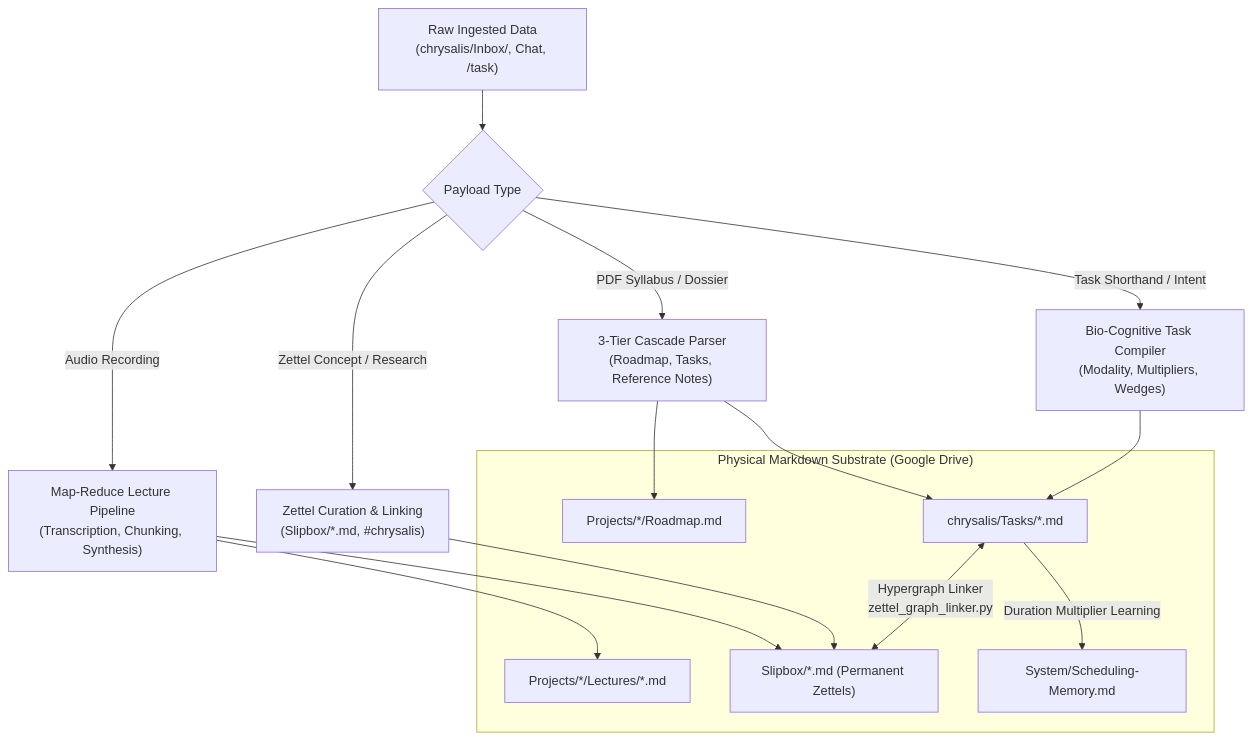
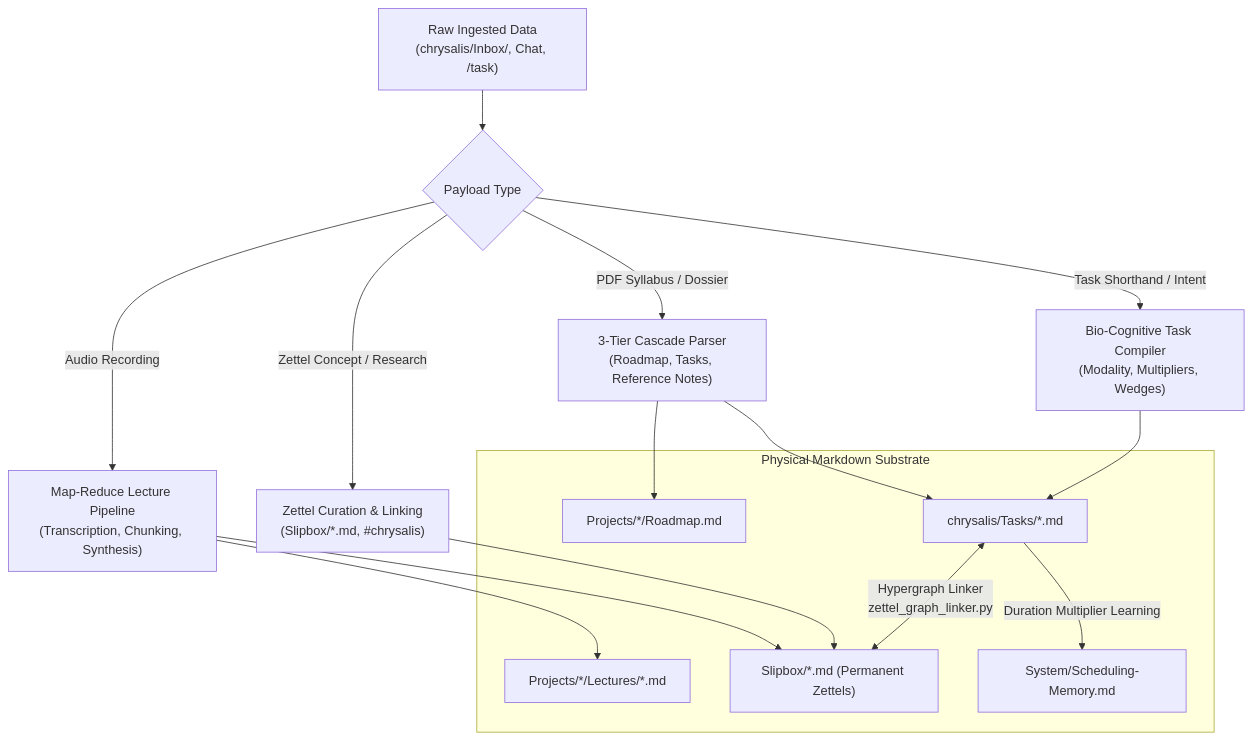
The second of 3 diagrams in README.md (tama-gucci/chrysalis), drawn with Mermaid before and after one commit. The commit also changed other lines of this file and 2 other files, not shown here.

Commit message:
docs: overhaul READMEs with development timeline, progress bars, and accurate toolchain caveats

````diff
--- a/README.md
+++ b/README.md
@@ -127,27 +160,27 @@
 ```mermaid
 flowchart TD
     RawInput["Raw Ingested Data<br/>(chrysalis/Inbox/, Chat, /task)"] --> Dispatcher{"Payload Type"}
     
     Dispatcher -->|Audio Recording| AudioPipe["Map-Reduce Lecture Pipeline<br/>(Transcription, Chunking, Synthesis)"]
     Dispatcher -->|PDF Syllabus / Dossier| SyllabusPipe["3-Tier Cascade Parser<br/>(Roadmap, Tasks, Reference Notes)"]
     Dispatcher -->|Task Shorthand / Intent| TaskPipe["Bio-Cognitive Task Compiler<br/>(Modality, Multipliers, Wedges)"]
     Dispatcher -->|Zettel Concept / Research| ZettelPipe["Zettel Curation & Linking<br/>(Slipbox/*.md, #chrysalis)"]
 
     AudioPipe --> MasterNote["Projects/*/Lectures/*.md"]
     AudioPipe --> SlipboxNotes["Slipbox/*.md (Permanent Zettels)"]
     SyllabusPipe --> ProjectRoadmap["Projects/*/Roadmap.md"]
     SyllabusPipe --> TasksNotes["chrysalis/Tasks/*.md"]
     TaskPipe --> TasksNotes
     ZettelPipe --> SlipboxNotes
 
-    subgraph Substrate ["Physical Markdown Substrate (Google Drive)"]
+    subgraph Substrate ["Physical Markdown Substrate"]
         MasterNote
         SlipboxNotes
         ProjectRoadmap
         TasksNotes
         SchedulingMemory["System/Scheduling-Memory.md"]
     end
 
     TasksNotes <-->|Hypergraph Linker<br/>zettel_graph_linker.py| SlipboxNotes
     TasksNotes -->|Duration Multiplier Learning| SchedulingMemory
 ```
````
